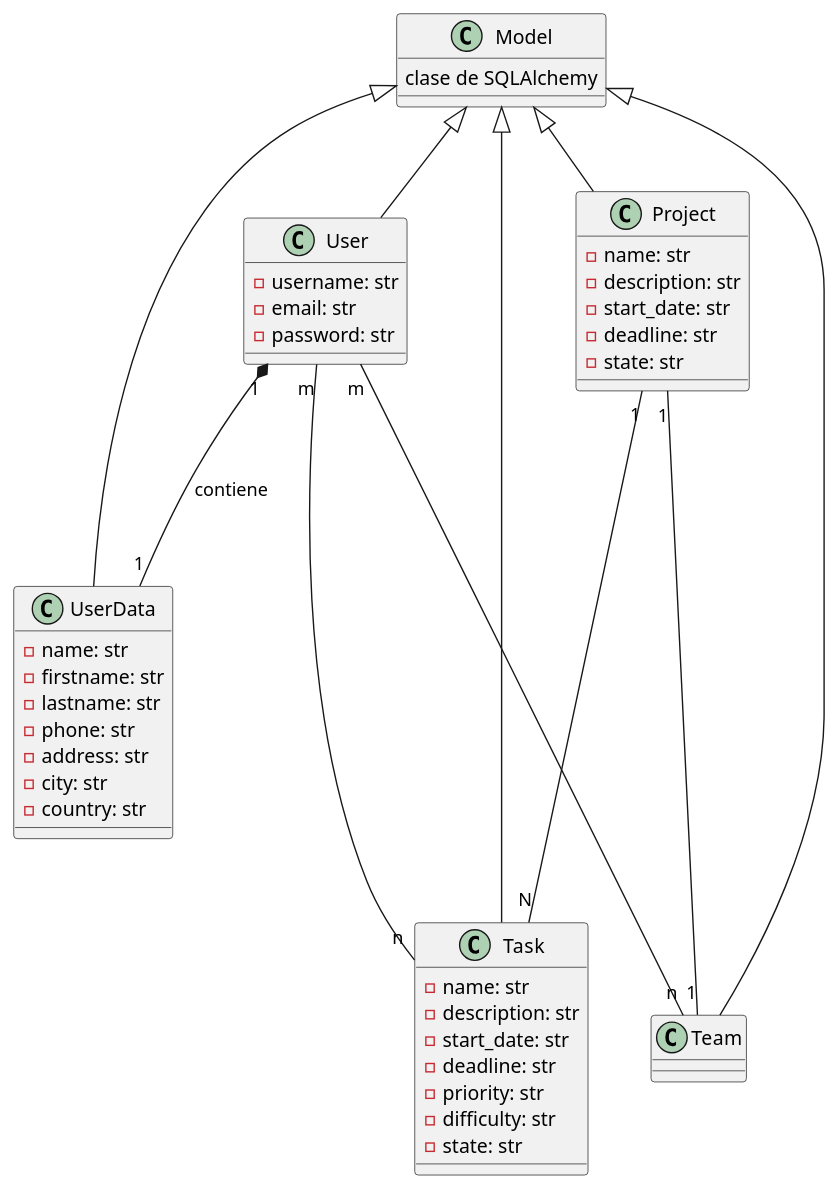
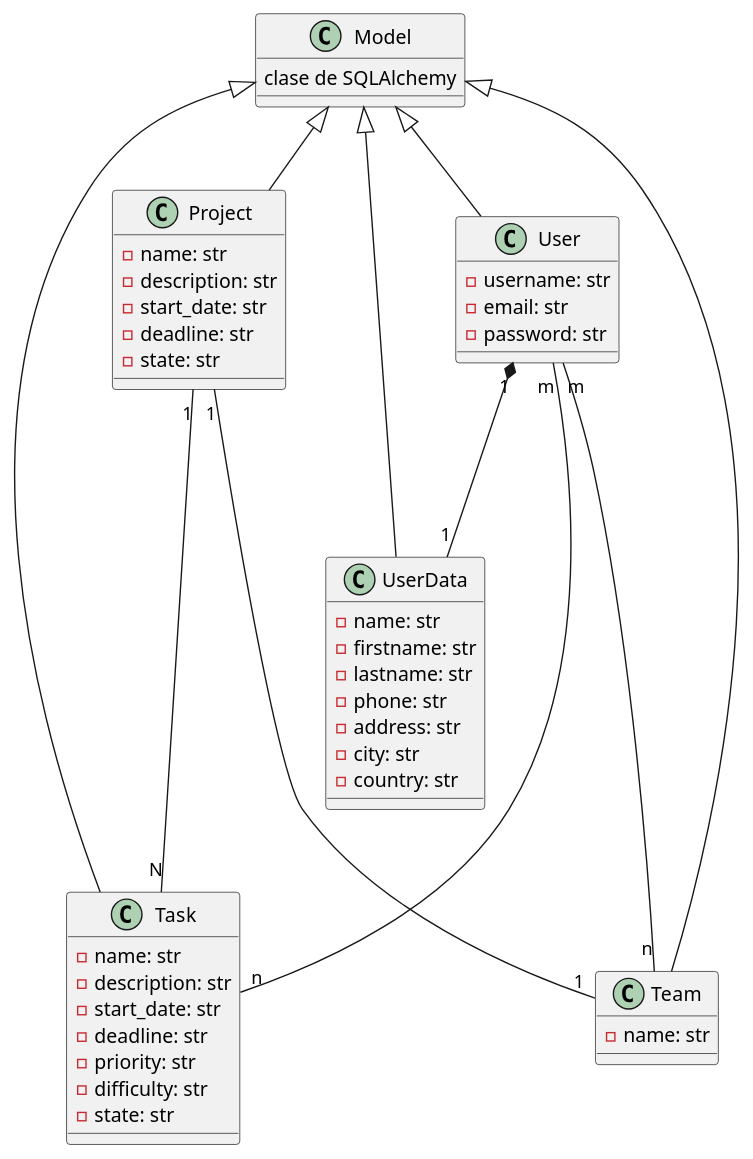
The diagram in docs/diagrama_1.puml (JoaquinLepez/Project-Management-App), drawn with PlantUML before and after one commit. The commit also changed 3 other files, not shown here.

```diff
--- a/docs/diagrama_1.puml
+++ b/docs/diagrama_1.puml
@@ -1,57 +1,58 @@
 @startuml Diagram de Clases
 
 ' Clases
 class Model {
  clase de SQLAlchemy
 }
 
 class User {
     - username: str
     - email: str
     - password: str
 }
 
 class UserData{
     - name: str
     - firstname: str
     - lastname: str
     - phone: str
     - address: str
     - city: str
     - country: str
 }
 
 class Task {
     - name: str
     - description: str
     - start_date: str
     - deadline: str
     - priority: str
     - difficulty: str
     - state: str
 }
 
 class Team {
+    - name: str
 }
 
 class Project {
     - name: str
     - description: str
     - start_date: str
     - deadline: str
     - state: str
 }
 
 ' Herencias
 Model <|-- User
 Model <|-- UserData
 Model <|-- Task
 Model <|-- Team
 Model <|-- Project
 
-User "1" *--- "1" UserData : contiene
+User "1" *--- "1" UserData 
 User "m" ---- "n" Team
 User "m" ---- "n" Task
 Project "1" ---- "1" Team
 Project "1" ---- "N" Task
 @enduml
```
